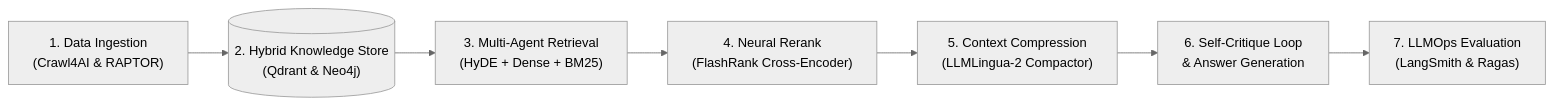
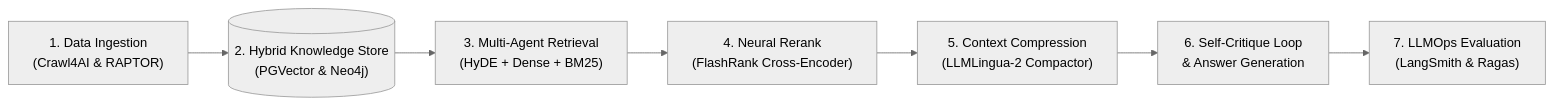
Before and after one commit to boycececil666gmailcom/documentation-chatbot: the first of 4 diagrams in README.md, drawn with Mermaid. The commit also changed other lines of this file and 20 other files, not shown here.

````diff
--- a/README.md
+++ b/README.md
@@ -22,13 +22,13 @@
 ```mermaid
 ---
 config:
   theme: neutral
 ---
 flowchart LR
-    A["1. Data Ingestion<br/>(Crawl4AI & RAPTOR)"] --> B[("2. Hybrid Knowledge Store<br/>(Qdrant & Neo4j)")]
+    A["1. Data Ingestion<br/>(Crawl4AI & RAPTOR)"] --> B[("2. Hybrid Knowledge Store<br/>(PGVector & Neo4j)")]
     B --> C["3. Multi-Agent Retrieval<br/>(HyDE + Dense + BM25)"]
     C --> D["4. Neural Rerank<br/>(FlashRank Cross-Encoder)"]
     D --> E["5. Context Compression<br/>(LLMLingua-2 Compactor)"]
     E --> F["6. Self-Critique Loop<br/>& Answer Generation"]
     F --> G["7. LLMOps Evaluation<br/>(LangSmith & Ragas)"]
 ```
````
